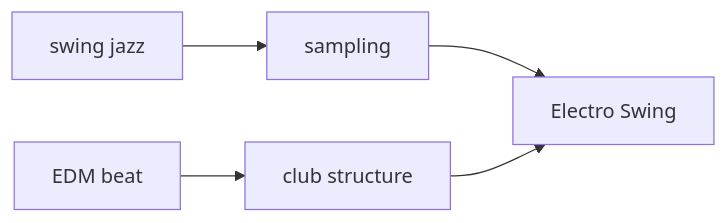
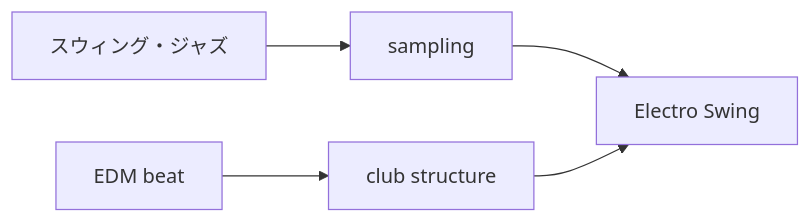
Before and after one commit to monumental-movement/monumental-movement.github.io: the second of 2 diagrams in en/_posts/2025-12-15-column-electro-swing.md, drawn with Mermaid. The commit also changed other lines of this file and 2196 other files, not shown here.

```diff
--- a/en/_posts/2025-12-15-column-electro-swing.md
+++ b/en/_posts/2025-12-15-column-electro-swing.md
@@ -134,7 +134,7 @@
 <div class="mermaid">
 flowchart LR
-    A[swing jazz] --> C[sampling]
+    A[スウィング・ジャズ] --> C[sampling]
     B[EDM beat] --> D[club structure]
     C --> E[Electro Swing]
     D --> E[Electro Swing]
 </div>
```
